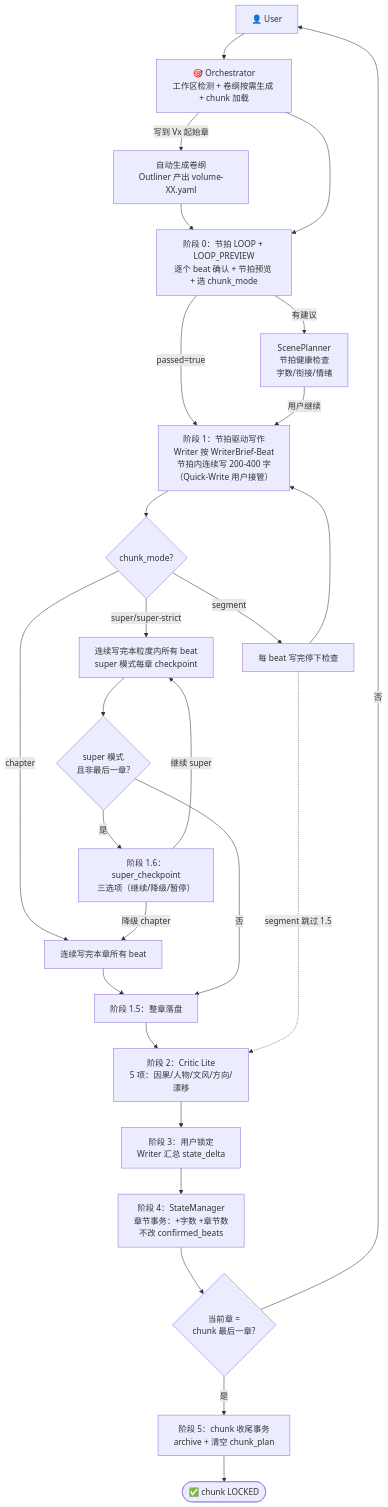
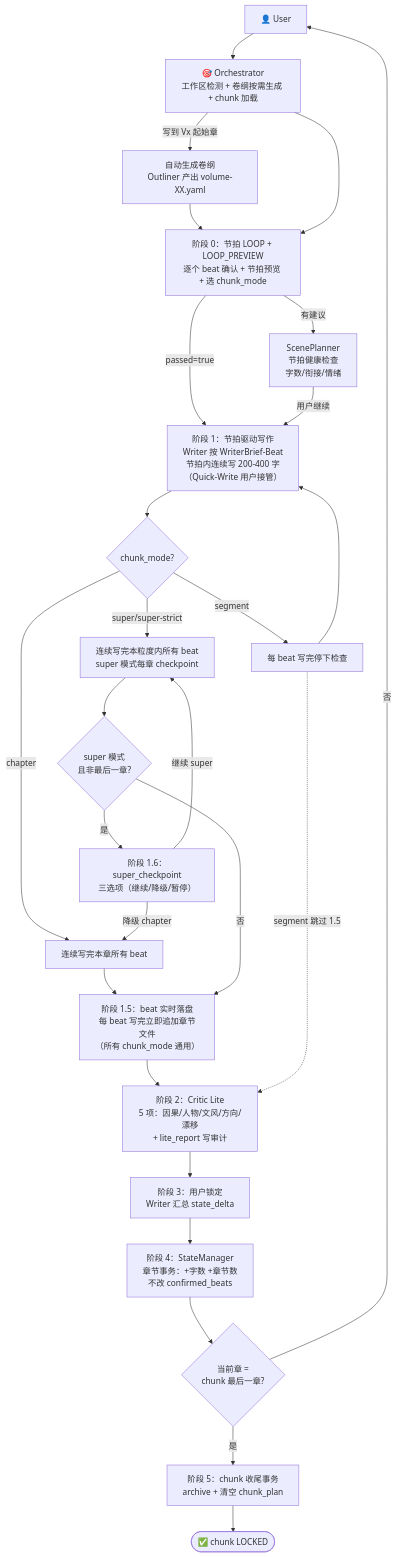
One commit to deathwhispers/novel-studio changed the first of 6 diagrams in workflow-specs/pipeline.md. Above: the diagram before and after it, drawn with Mermaid. The commit also changed other lines of this file and 13 other files, not shown here.

````diff
--- a/workflow-specs/pipeline.md
+++ b/workflow-specs/pipeline.md
@@ -14,37 +14,37 @@
 ```mermaid
 flowchart TD
     User["👤 User"]
     Orchestrator["🎯 Orchestrator<br/>工作区检测 + 卷纲按需生成 + chunk 加载"]
 
     User --> Orchestrator
 
     Orchestrator -->|"写到 Vx 起始章"| VolGen["自动生成卷纲<br/>Outliner 产出 volume-XX.yaml"]
     VolGen --> Loop0
     Orchestrator --> Loop0["阶段 0：节拍 LOOP + LOOP_PREVIEW<br/>逐个 beat 确认 + 节拍预览 + 选 chunk_mode"]
 
     Loop0 -->|"passed=true"| Write1
     Loop0 -->|"有建议"| BeatHealth["ScenePlanner<br/>节拍健康检查<br/>字数/衔接/情绪"]
     BeatHealth -->|"用户继续"| Write1
 
     Write1["阶段 1：节拍驱动写作<br/>Writer 按 WriterBrief-Beat<br/>节拍内连续写 200-400 字<br/>（Quick-Write 用户接管）"] --> Check{"chunk_mode?"}
     Check -->|"segment"| BeatReview["每 beat 写完停下检查"]
     Check -->|"chapter"| Auto1["连续写完本章所有 beat"]
     Check -->|"super/super-strict"| Auto2["连续写完本粒度内所有 beat<br/>super 模式每章 checkpoint"]
 
     BeatReview --> Write1
-    Auto1 --> ChapterSave["阶段 1.5：整章落盘"]
+    Auto1 --> BeatSave["阶段 1.5：beat 实时落盘<br/>每 beat 写完立即追加章节文件<br/>（所有 chunk_mode 通用）"]
     Auto2 --> SuperCheck{"super 模式<br/>且非最后一章?"}
     SuperCheck -->|"是"| SuperCP["阶段 1.6：super_checkpoint<br/>三选项（继续/降级/暂停）"]
-    SuperCheck -->|"否"| ChapterSave
+    SuperCheck -->|"否"| BeatSave
     SuperCP -->|"继续 super"| Auto2
     SuperCP -->|"降级 chapter"| Auto1
-    ChapterSave --> CriticLite["阶段 2：Critic Lite<br/>5 项：因果/人物/文风/方向/漂移"]
+    BeatSave --> CriticLite["阶段 2：Critic Lite<br/>5 项：因果/人物/文风/方向/漂移<br/>+ lite_report 写审计"]
     BeatReview -.->|"segment 跳过 1.5"| CriticLite
 
     CriticLite --> Lock["阶段 3：用户锁定<br/>Writer 汇总 state_delta"]
     Lock --> StateManager["阶段 4：StateManager<br/>章节事务：+字数 +章节数<br/>不改 confirmed_beats"]
     StateManager --> NextChapter{"当前章 =<br/>chunk 最后一章?"}
     NextChapter -->|"否"| User
     NextChapter -->|"是"| ChunkClose["阶段 5：chunk 收尾事务<br/>archive + 清空 chunk_plan"]
     ChunkClose --> Completed(["✅ chunk LOCKED"])
 ```
````
